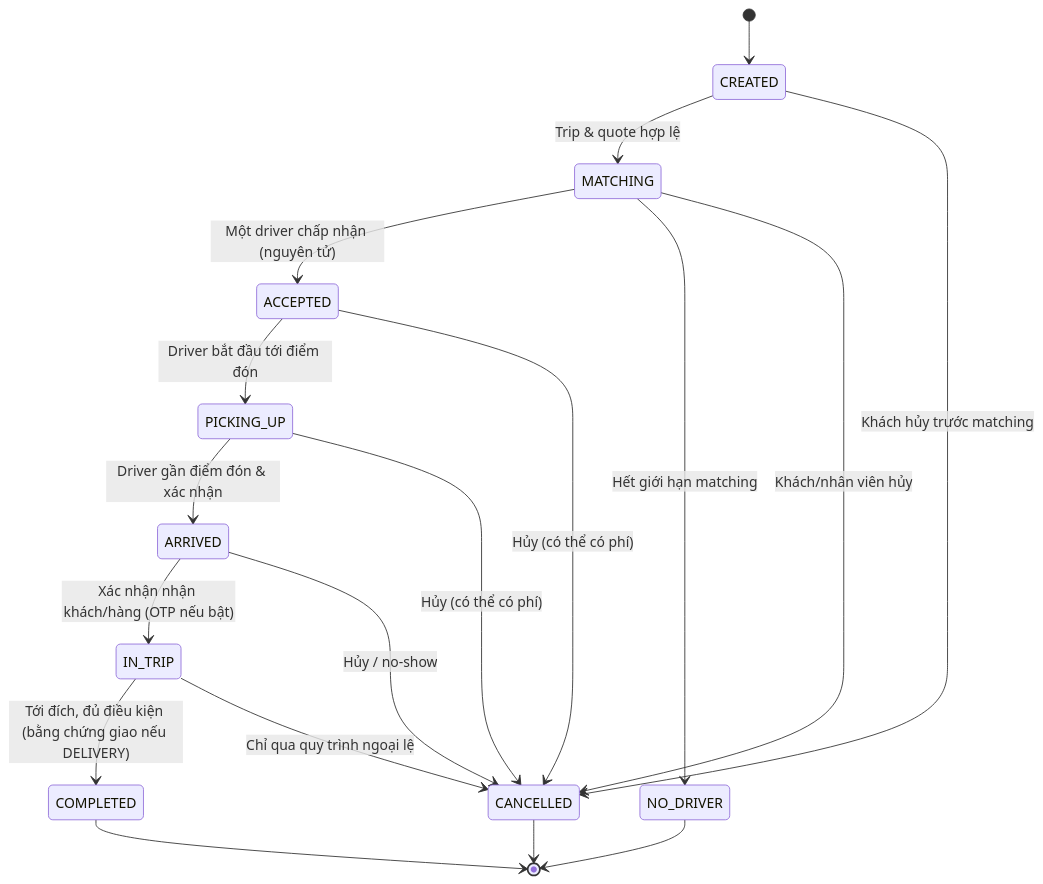
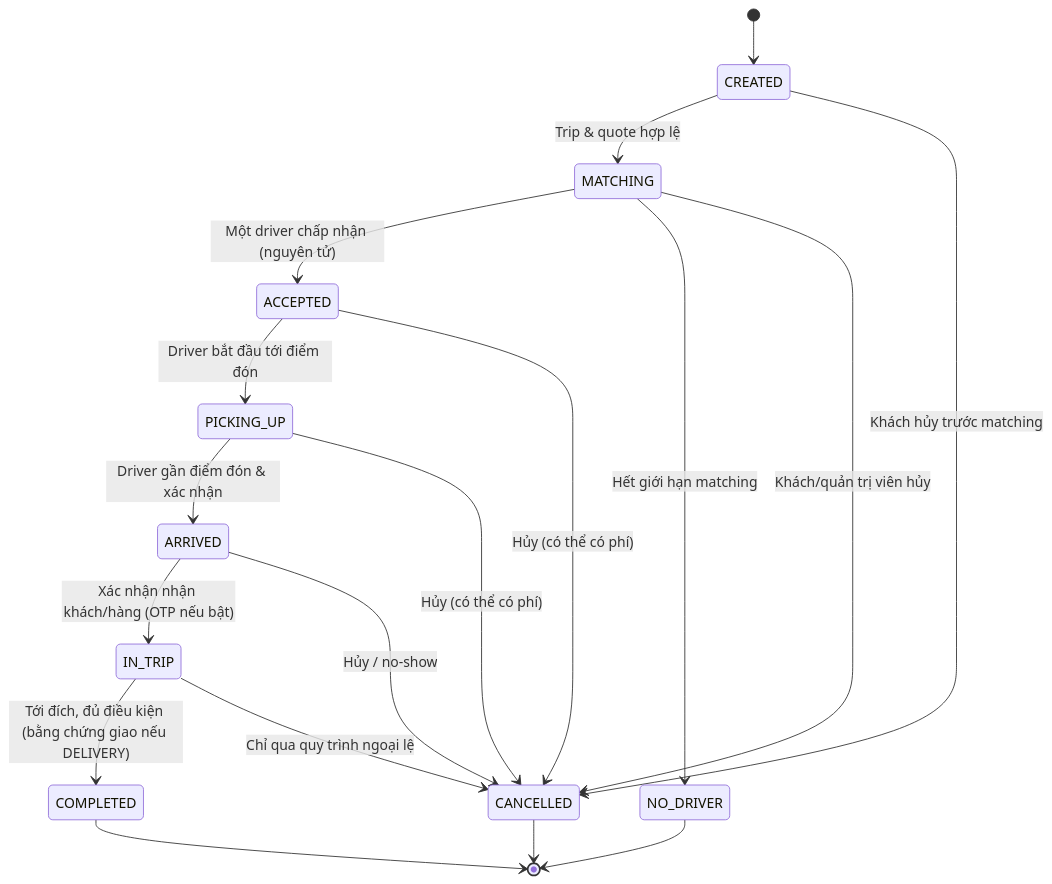
One commit to Chuongpham2004/Ride-Hailing-Logistics changed the seventh of 7 diagrams in README.md. Above: the diagram before and after it, drawn with Mermaid. The commit also changed other lines of this file and 61 other files, not shown here.

````diff
--- a/README.md
+++ b/README.md
@@ -693,20 +692,20 @@
 ```mermaid
 stateDiagram-v2
     [*] --> CREATED
     CREATED --> MATCHING: Trip & quote hợp lệ
     CREATED --> CANCELLED: Khách hủy trước matching
     MATCHING --> ACCEPTED: Một driver chấp nhận (nguyên tử)
     MATCHING --> NO_DRIVER: Hết giới hạn matching
-    MATCHING --> CANCELLED: Khách/nhân viên hủy
+    MATCHING --> CANCELLED: Khách/quản trị viên hủy
     ACCEPTED --> PICKING_UP: Driver bắt đầu tới điểm đón
     ACCEPTED --> CANCELLED: Hủy (có thể có phí)
     PICKING_UP --> ARRIVED: Driver gần điểm đón & xác nhận
     PICKING_UP --> CANCELLED: Hủy (có thể có phí)
     ARRIVED --> IN_TRIP: Xác nhận nhận khách/hàng (OTP nếu bật)
     ARRIVED --> CANCELLED: Hủy / no-show
     IN_TRIP --> COMPLETED: Tới đích, đủ điều kiện (bằng chứng giao nếu DELIVERY)
     IN_TRIP --> CANCELLED: Chỉ qua quy trình ngoại lệ
     COMPLETED --> [*]
     CANCELLED --> [*]
     NO_DRIVER --> [*]
 ```
````
